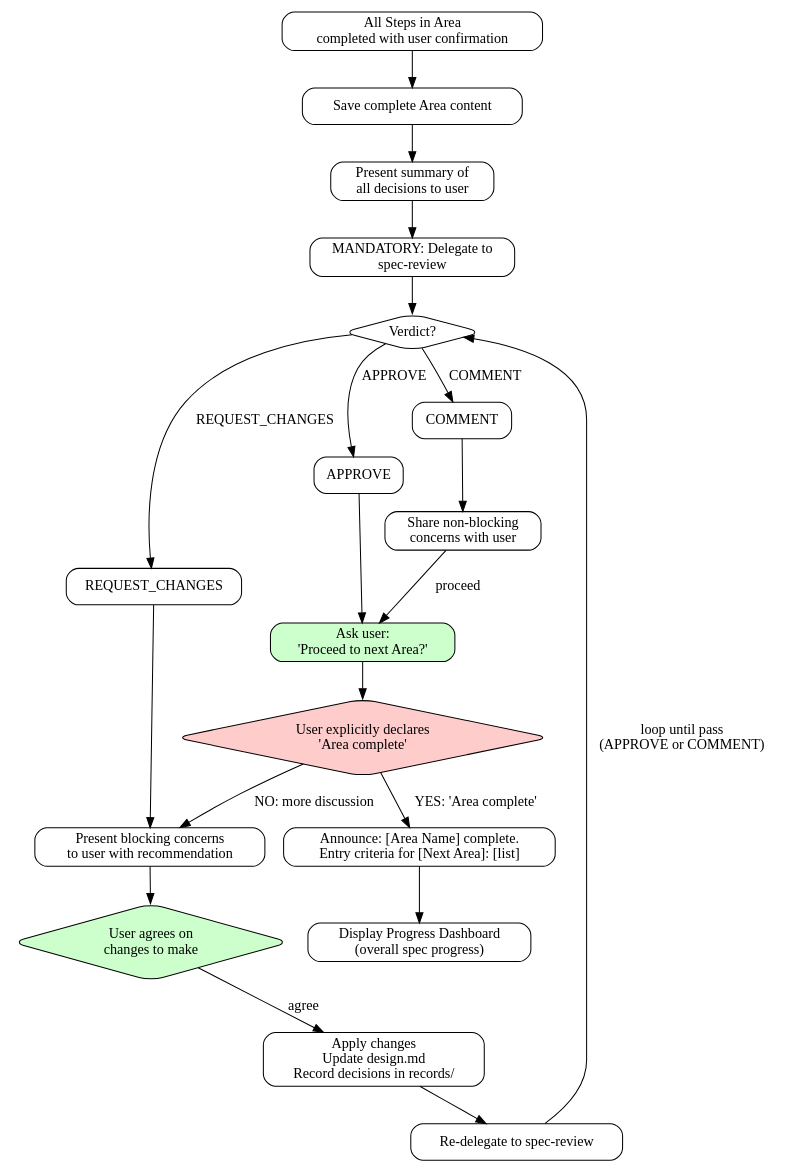
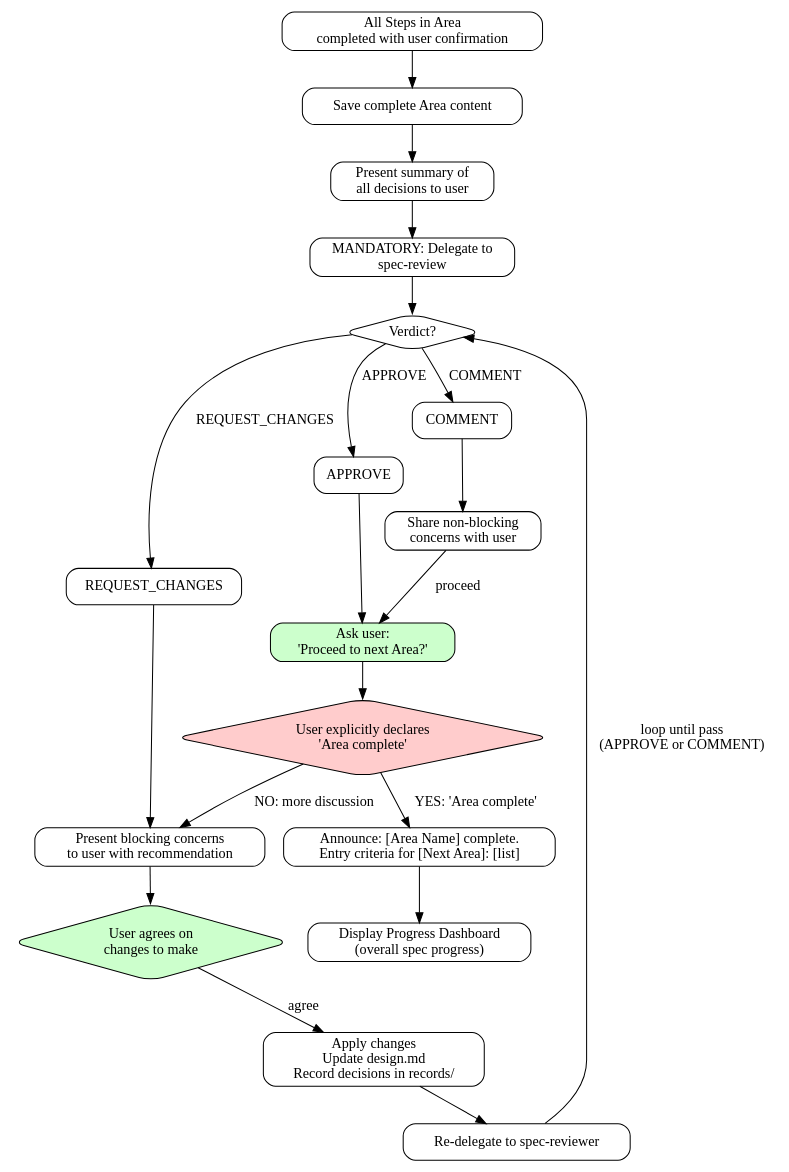
Before and after one commit to toongri/oh-my-toong-playground: the first of 2 diagrams in skills/spec/references/core-protocols.md, drawn with Graphviz. The commit also changed other lines of this file and 3 other files, not shown here.

First line of the commit message:
fix(spec): reviewer entity 통일과 reference 트리거 강화

````diff
--- a/skills/spec/references/core-protocols.md
+++ b/skills/spec/references/core-protocols.md
@@ -275,51 +275,51 @@
 ```dot
 digraph area_completion {
     rankdir=TB;
     node [shape=box, style=rounded];
 
     all_steps [label="All Steps in Area\ncompleted with user confirmation"];
     save_area [label="Save complete Area content"];
     present_summary [label="Present summary of\nall decisions to user"];
     delegate_reviewer [label="MANDATORY: Delegate to\nspec-review"];
     check_verdict [label="Verdict?", shape=diamond];
 
     approve [label="APPROVE"];
     ask_complete [label="Ask user:\n'Proceed to next Area?'", style="rounded,filled", fillcolor="#ccffcc"];
     user_final [label="User explicitly declares\n'Area complete'", shape=diamond, style="rounded,filled", fillcolor="#ffcccc"];
     announce_next [label="Announce: [Area Name] complete.\nEntry criteria for [Next Area]: [list]"];
     progress_dashboard [label="Display Progress Dashboard\n(overall spec progress)"];
 
     request_changes [label="REQUEST_CHANGES"];
     present_feedback [label="Present blocking concerns\nto user with recommendation"];
     user_consensus [label="User agrees on\nchanges to make", shape=diamond, style="rounded,filled", fillcolor="#ccffcc"];
     incorporate [label="Apply changes\nUpdate design.md\nRecord decisions in records/"];
-    re_review [label="Re-delegate to spec-review"];
+    re_review [label="Re-delegate to spec-reviewer"];
 
     comment [label="COMMENT"];
     share_comment [label="Share non-blocking\nconcerns with user"];
 
     all_steps -> save_area;
     save_area -> present_summary;
     present_summary -> delegate_reviewer;
     delegate_reviewer -> check_verdict;
 
     check_verdict -> approve [label="APPROVE"];
     approve -> ask_complete;
     ask_complete -> user_final;
 
     check_verdict -> request_changes [label="REQUEST_CHANGES"];
     request_changes -> present_feedback;
     present_feedback -> user_consensus;
     user_consensus -> incorporate [label="agree"];
     incorporate -> re_review;
     re_review -> check_verdict [label="loop until pass\n(APPROVE or COMMENT)"];
 
     check_verdict -> comment [label="COMMENT"];
     comment -> share_comment;
     share_comment -> ask_complete [label="proceed"];
 
     user_final -> announce_next [label="YES: 'Area complete'"];
     announce_next -> progress_dashboard;
     user_final -> present_feedback [label="NO: more discussion"];
 }
 ```
````
